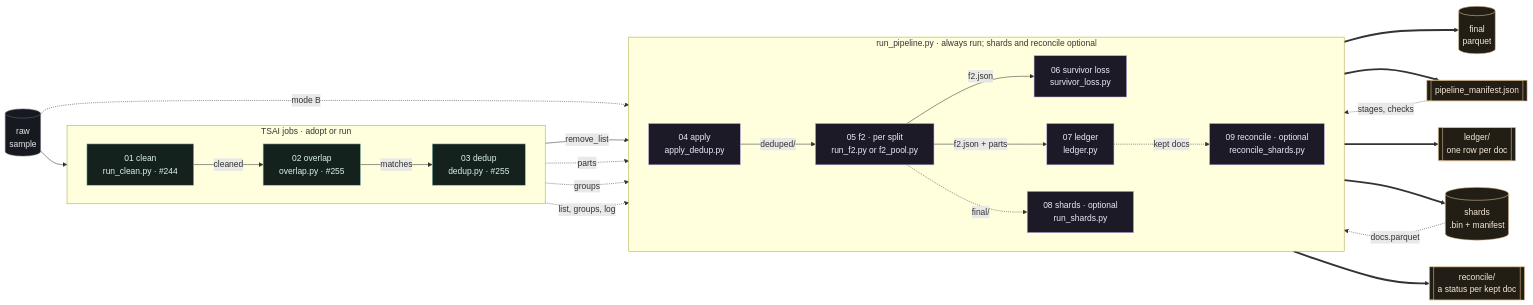
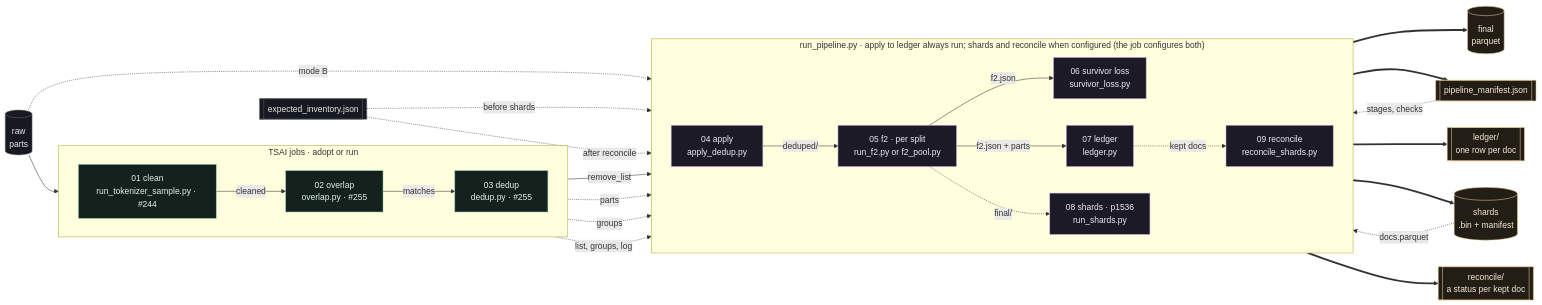
One commit to theschoolofai/era-v5-lab changed the first of 2 diagrams in teams/01-data-a/pipeline/README.md. Above: the diagram before and after it, drawn with Mermaid. The commit also changed other lines of this file and 12 other files, not shown here.

First line of the commit message:
pipeline README: reviewer's guide, production-job walkthrough, measured results, figures redrawn

````diff
--- a/teams/01-data-a/pipeline/README.md
+++ b/teams/01-data-a/pipeline/README.md
@@ -119,46 +250,49 @@
 ```mermaid
 flowchart LR
-  raw[("raw<br/>sample")]:::data
+  raw[("raw<br/>parts")]:::data
 
   subgraph TSAI["TSAI jobs · adopt or run"]
     direction LR
-    clean["01 clean<br/>run_clean.py · #244"]:::tsai
+    clean["01 clean<br/>run_tokenizer_sample.py · #244"]:::tsai
     overlap["02 overlap<br/>overlap.py · #255"]:::tsai
     dedup["03 dedup<br/>dedup.py · #255"]:::tsai
   end
 
-  subgraph RUNNER["run_pipeline.py · always run; shards and reconcile optional"]
+  subgraph RUNNER["run_pipeline.py · apply to ledger always run; shards and reconcile when configured (the job configures both)"]
     direction LR
     apply["04 apply<br/>apply_dedup.py"]:::mine
     f2["05 f2 · per split<br/>run_f2.py or f2_pool.py"]:::mine
     loss["06 survivor loss<br/>survivor_loss.py"]:::mine
     led["07 ledger<br/>ledger.py"]:::mine
-    shards["08 shards · optional<br/>run_shards.py"]:::mine
-    rec["09 reconcile · optional<br/>reconcile_shards.py"]:::mine
+    shards["08 shards · p1536<br/>run_shards.py"]:::mine
+    rec["09 reconcile<br/>reconcile_shards.py"]:::mine
   end
 
+  inv[["expected_inventory.json"]]:::data
   raw --> clean -->|"cleaned"| overlap
   overlap -->|"matches"| dedup
   dedup -->|"remove_list"| apply
   clean -.->|"parts"| apply
   apply -->|"deduped/"| f2
   f2 -->|"f2.json"| loss
   dedup -.->|"groups"| loss
   f2 ==> final[("final<br/>parquet")]:::out
   f2 -->|"f2.json + parts"| led
   dedup -.->|"list, groups, log"| led
   raw -.->|"mode B"| led
   loss ==> man[["pipeline_manifest.json"]]:::out
   led ==> ldg[["ledger/<br/>one row per doc"]]:::out
   f2 -.->|"final/"| shards
   man -.->|"stages, checks"| shards
   shards ==> tokens[("shards<br/>.bin + manifest")]:::out
   led -.->|"kept docs"| rec
   tokens -.->|"docs.parquet"| rec
   rec ==> recout[["reconcile/<br/>a status per kept doc"]]:::out
+  inv -.->|"before shards"| shards
+  inv -.->|"after reconcile"| rec
 
   classDef data fill:#16191f,stroke:#5f6670,color:#e6e8ec
   classDef tsai fill:#14211d,stroke:#8fc9b5,color:#dff2ea
   classDef mine fill:#1c1a26,stroke:#c3aee8,color:#efe9fb
   classDef out fill:#221d15,stroke:#edcb9a,color:#f6ead6
 ```
````
